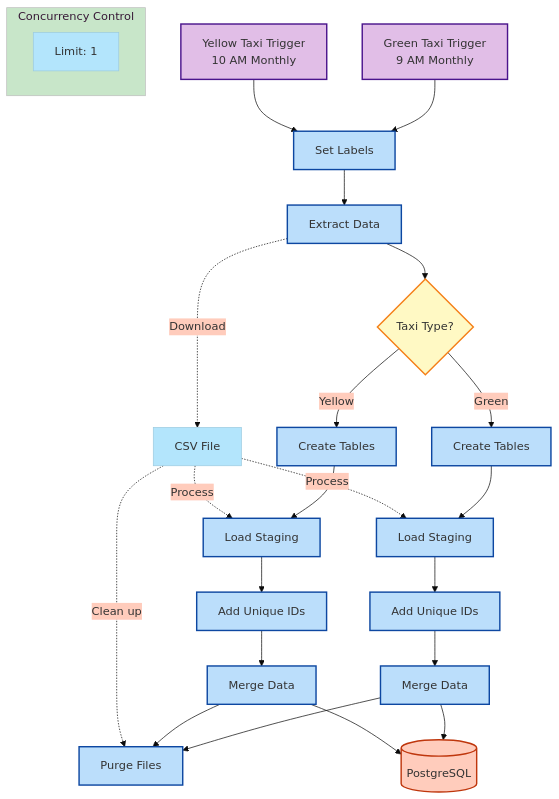
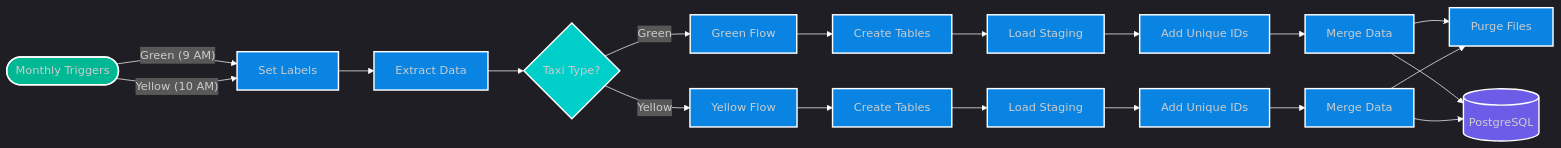
One commit to abhayra12/de-zc-2025 changed the second of 2 diagrams in 02-workflow-orchestration/kestra-pipeline-proj/guide.md. Above: the diagram before and after it, drawn with Mermaid.

Commit message:
updated scheduled flow diagram

````diff
--- a/02-workflow-orchestration/kestra-pipeline-proj/guide.md
+++ b/02-workflow-orchestration/kestra-pipeline-proj/guide.md
@@ -318,49 +318,41 @@
 ```mermaid
 %%{init: {
-    'theme': 'base',
+    'theme': 'dark',
     'themeVariables': {
-        'primaryColor': '#b3e5fc',
-        'secondaryColor': '#ffccbc',
-        'tertiaryColor': '#c8e6c9',
-        'noteTextColor': '#1a237e'
+        'primaryColor': '#2d3436',
+        'primaryTextColor': '#fff',
+        'primaryBorderColor': '#fff',
+        'lineColor': '#fff',
+        'secondaryColor': '#384f5f',
+        'tertiaryColor': '#2f3640'
     }
 }}%%
-graph TD
-    classDef trigger fill:#e1bee7,stroke:#4a148c,stroke-width:2px
-    classDef task fill:#bbdefb,stroke:#0d47a1,stroke-width:2px
-    classDef storage fill:#ffccbc,stroke:#bf360c,stroke-width:2px
-    classDef condition fill:#fff9c4,stroke:#f57f17,stroke-width:2px
+graph LR
+    T1(["Monthly Triggers"])
+    T1 -->|"Green (9 AM)"| L["Set Labels"]
+    T1 -->|"Yellow (10 AM)"| L
+    L --> E["Extract Data"]
+    E --> C{"Taxi Type?"}
+    
+    C -->|"Green"| G["Green Flow"]
+    G --> GT["Create Tables"] --> GS["Load Staging"] --> GU["Add Unique IDs"] --> GM["Merge Data"]
+    
+    C -->|"Yellow"| Y["Yellow Flow"]
+    Y --> YT["Create Tables"] --> YS["Load Staging"] --> YU["Add Unique IDs"] --> YM["Merge Data"]
+    
+    GM --> P["Purge Files"]
+    YM --> P
+    
+    GM --> DB[("PostgreSQL")]
+    YM --> DB
 
-    T1[Green Taxi Trigger\n9 AM Monthly]:::trigger --> S1[Set Labels]:::task
-    T2[Yellow Taxi Trigger\n10 AM Monthly]:::trigger --> S1
+    classDef trigger fill:#00b894,stroke:#fff,stroke-width:2px;
+    classDef process fill:#0984e3,stroke:#fff,stroke-width:2px;
+    classDef database fill:#6c5ce7,stroke:#fff,stroke-width:2px;
+    classDef condition fill:#00cec9,stroke:#fff,stroke-width:2px;
     
-    S1 --> E[Extract Data]:::task
-    E --> C{Taxi Type?}:::condition
-    
-    C -->|Green| G1[Create Tables]:::task
-    G1 --> G2[Load Staging]:::task
-    G2 --> G3[Add Unique IDs]:::task
-    G3 --> G4[Merge Data]:::task
-    
-    C -->|Yellow| Y1[Create Tables]:::task
-    Y1 --> Y2[Load Staging]:::task
-    Y2 --> Y3[Add Unique IDs]:::task
-    Y3 --> Y4[Merge Data]:::task
-    
-    G4 --> P[Purge Files]:::task
-    Y4 --> P
-    
-    G4 --> DB[(PostgreSQL)]:::storage
-    Y4 --> DB
-    
-    subgraph "Concurrency Control"
-        direction LR
-        L1[Limit: 1]
-    end
-    
-    %% File handling annotations
-    E -.->|Download| F1[CSV File]
-    F1 -.->|Process| G2
-    F1 -.->|Process| Y2
-    F1 -.->|Clean up| P
+    class T1 trigger;
+    class L,E,G,Y,GT,GS,GU,GM,YT,YS,YU,YM,P process;
+    class DB database;
+    class C condition;
 ```
````
